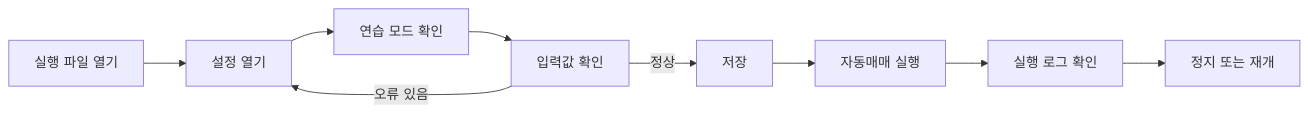
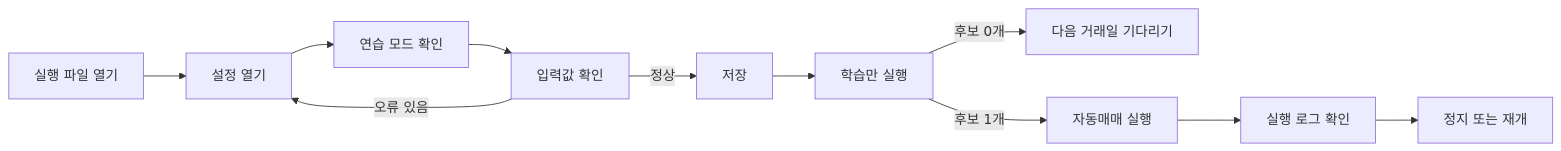
Before and after one commit to plutoparty1/nasdaq-auto-trader: the first of 3 diagrams in README.md, drawn with Mermaid. The commit also changed other lines of this file, not shown here.

````diff
--- a/README.md
+++ b/README.md
@@ -128,11 +235,13 @@
 ```mermaid
 flowchart LR
     A[실행 파일 열기] --> B[설정 열기]
     B --> C[연습 모드 확인]
     C --> D[입력값 확인]
     D -->|오류 있음| B
     D -->|정상| E[저장]
-    E --> F[자동매매 실행]
-    F --> G[실행 로그 확인]
-    G --> H[정지 또는 재개]
+    E --> F[학습만 실행]
+    F -->|후보 0개| G[다음 거래일 기다리기]
+    F -->|후보 1개| H[자동매매 실행]
+    H --> I[실행 로그 확인]
+    I --> J[정지 또는 재개]
 ```
````
